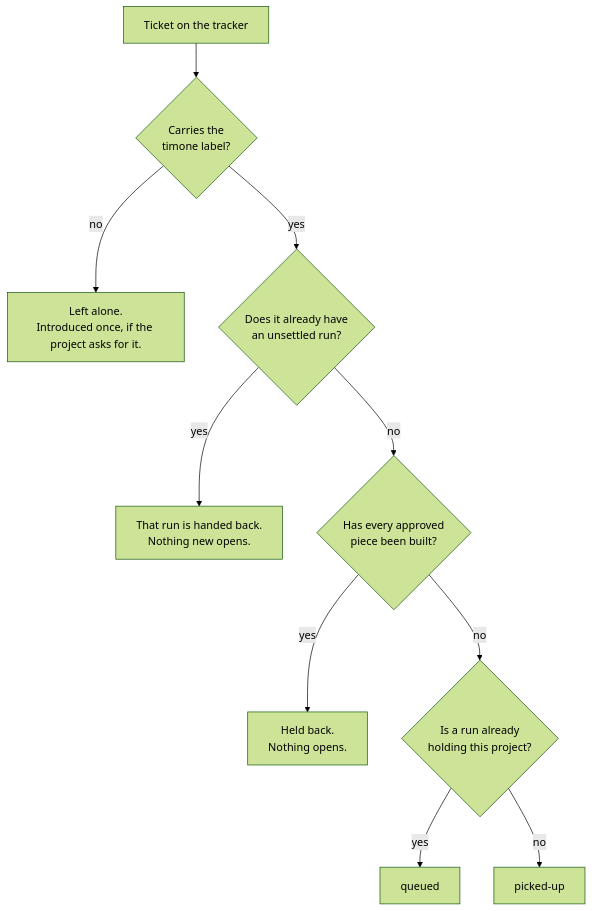
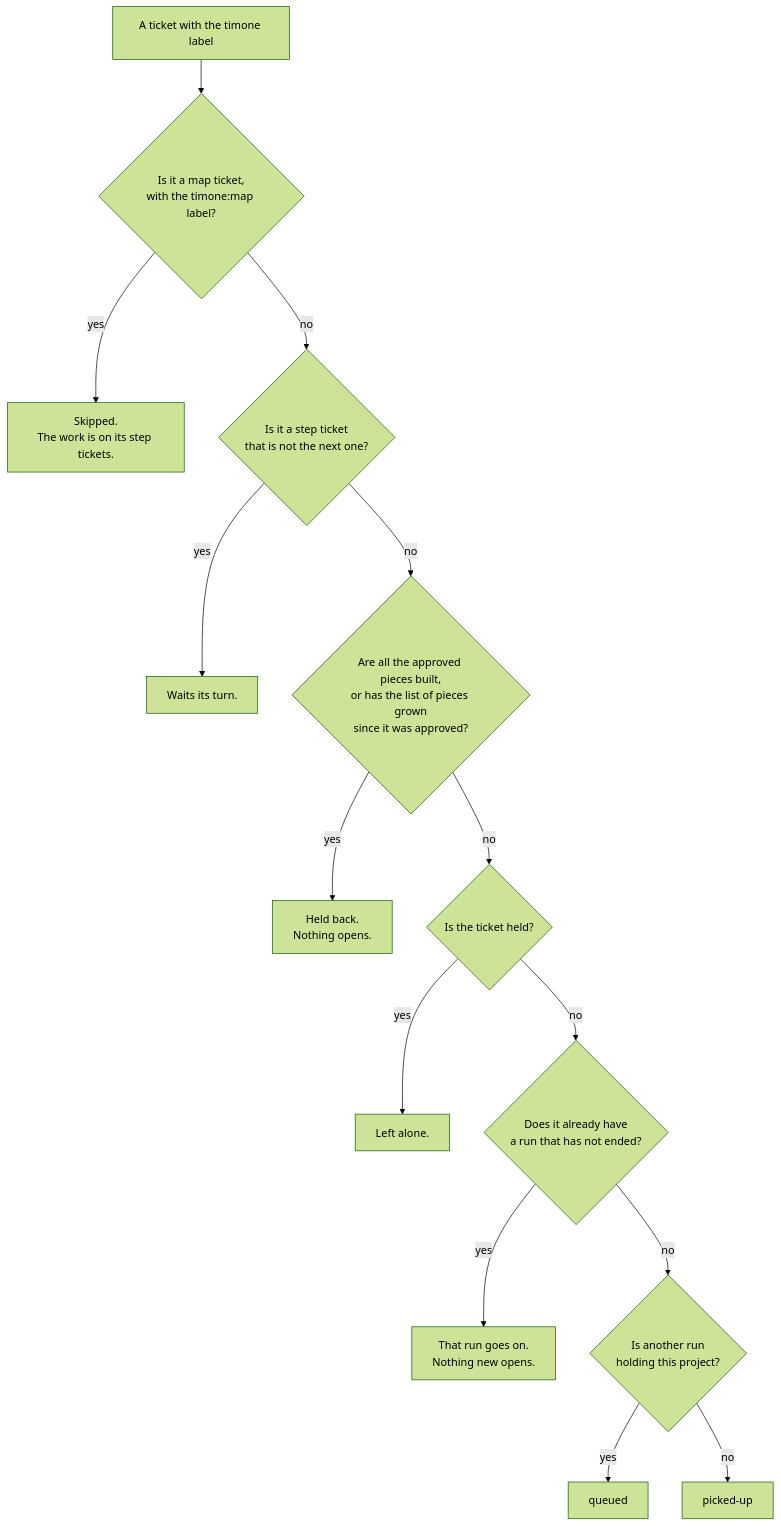
One commit to fvermaut/timone changed the first of 4 diagrams in manual/how-the-daemon-works.md. Above: the diagram before and after it, drawn with Mermaid (forest theme). The commit also changed other lines of this file and 115 other files, not shown here.

````diff
--- a/manual/how-the-daemon-works.md
+++ b/manual/how-the-daemon-works.md
@@ -32,12 +109,16 @@
 ```mermaid
 flowchart TD
-    A["Ticket on the tracker"] --> B{"Carries the<br/>timone label?"}
-    B -- no --> C["Left alone.<br/>Introduced once, if the project asks for it."]
-    B -- yes --> D{"Does it already have<br/>an unsettled run?"}
-    D -- yes --> E["That run is handed back.<br/>Nothing new opens."]
-    D -- no --> F{"Has every approved<br/>piece been built?"}
-    F -- yes --> G["Held back.<br/>Nothing opens."]
-    F -- no --> H{"Is a run already<br/>holding this project?"}
-    H -- yes --> I["queued"]
-    H -- no --> J["picked-up"]
+    A["A ticket with the timone label"] --> M{"Is it a map ticket,<br/>with the timone:map label?"}
+    M -- yes --> M1["Skipped.<br/>The work is on its step tickets."]
+    M -- no --> S{"Is it a step ticket<br/>that is not the next one?"}
+    S -- yes --> S1["Waits its turn."]
+    S -- no --> B{"Are all the approved pieces built,<br/>or has the list of pieces grown<br/>since it was approved?"}
+    B -- yes --> B1["Held back.<br/>Nothing opens."]
+    B -- no --> H{"Is the ticket held?"}
+    H -- yes --> H1["Left alone."]
+    H -- no --> L{"Does it already have<br/>a run that has not ended?"}
+    L -- yes --> L1["That run goes on.<br/>Nothing new opens."]
+    L -- no --> P{"Is another run<br/>holding this project?"}
+    P -- yes --> Q["queued"]
+    P -- no --> PU["picked-up"]
 ```
````
